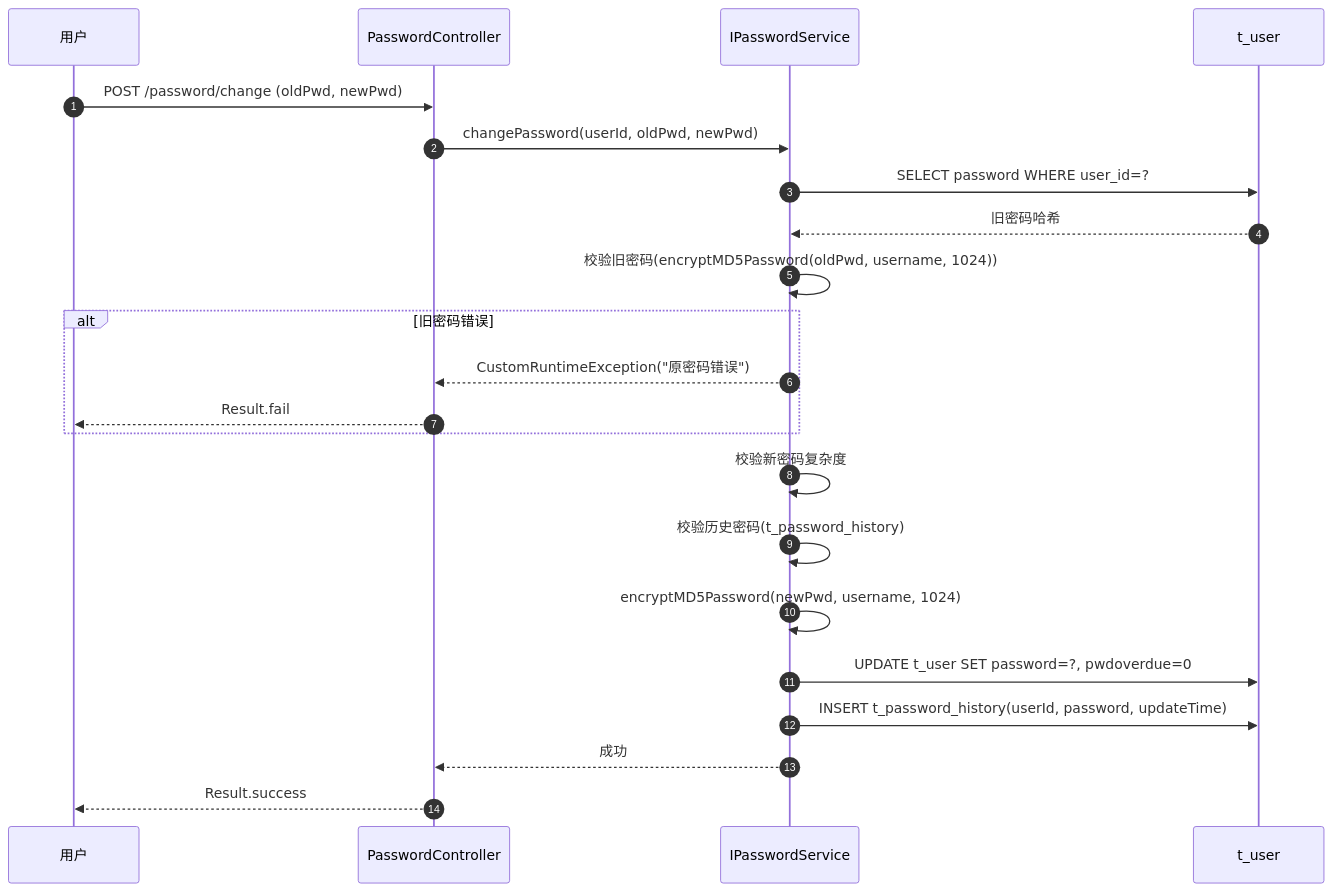
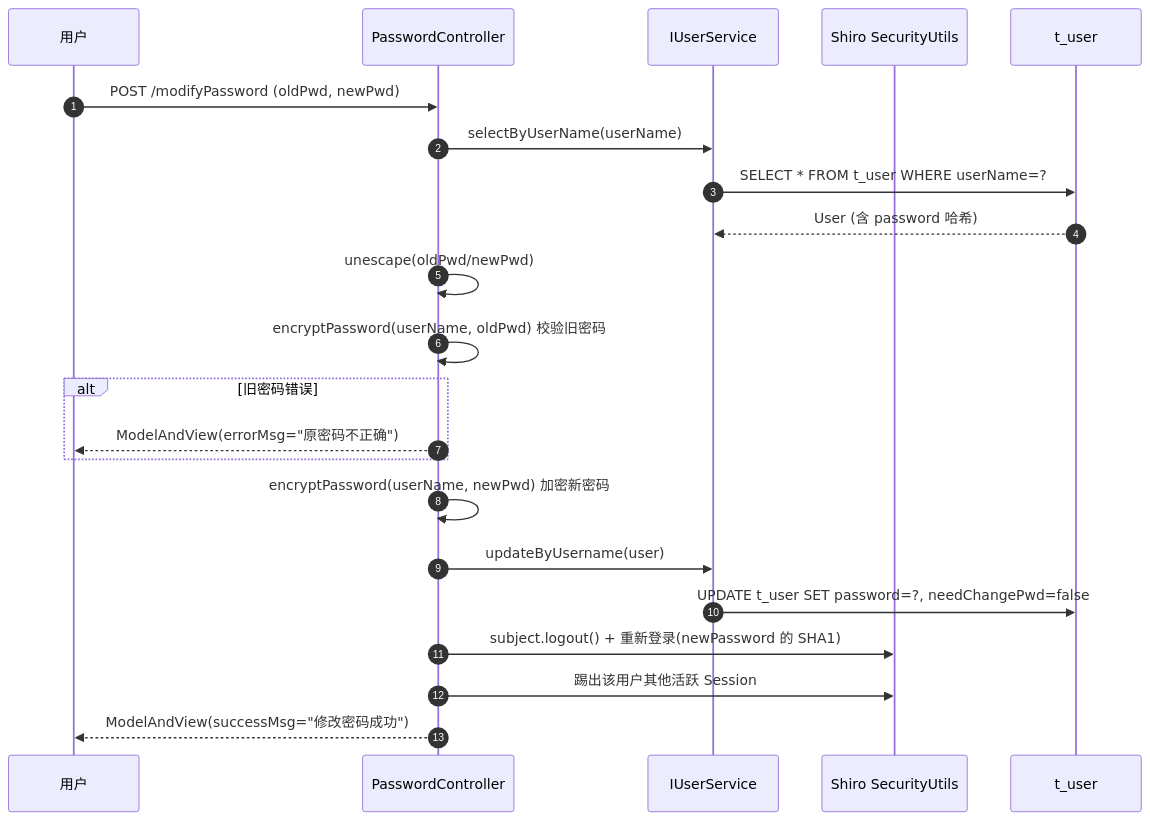
One commit to wrck/PMS changed the second of 5 diagrams in core/docs/05-standards/security-practices.md. Above: the diagram before and after it, drawn with Mermaid. The commit also changed other lines of this file and 44 other files, not shown here.

````diff
--- a/core/docs/05-standards/security-practices.md
+++ b/core/docs/05-standards/security-practices.md
@@ -114,25 +127,25 @@
 ```mermaid
 sequenceDiagram
     autonumber
     participant U as 用户
     participant PC as PasswordController
-    participant PS as IPasswordService
+    participant US as IUserService
+    participant SH as Shiro SecurityUtils
     participant DB as t_user
 
-    U->>PC: POST /password/change (oldPwd, newPwd)
-    PC->>PS: changePassword(userId, oldPwd, newPwd)
-    PS->>DB: SELECT password WHERE user_id=?
-    DB-->>PS: 旧密码哈希
-    PS->>PS: 校验旧密码(encryptMD5Password(oldPwd, username, 1024))
+    U->>PC: POST /modifyPassword (oldPwd, newPwd)
+    PC->>US: selectByUserName(userName)
+    US->>DB: SELECT * FROM t_user WHERE userName=?
+    DB-->>US: User (含 password 哈希)
+    PC->>PC: unescape(oldPwd/newPwd)
+    PC->>PC: encryptPassword(userName, oldPwd) 校验旧密码
     alt 旧密码错误
-        PS-->>PC: CustomRuntimeException("原密码错误")
-        PC-->>U: Result.fail
+        PC-->>U: ModelAndView(errorMsg="原密码不正确")
     end
-    PS->>PS: 校验新密码复杂度
-    PS->>PS: 校验历史密码(t_password_history)
-    PS->>PS: encryptMD5Password(newPwd, username, 1024)
-    PS->>DB: UPDATE t_user SET password=?, pwdoverdue=0
-    PS->>DB: INSERT t_password_history(userId, password, updateTime)
-    PS-->>PC: 成功
-    PC-->>U: Result.success
+    PC->>PC: encryptPassword(userName, newPwd) 加密新密码
+    PC->>US: updateByUsername(user)
+    US->>DB: UPDATE t_user SET password=?, needChangePwd=false
+    PC->>SH: subject.logout() + 重新登录(newPassword 的 SHA1)
+    PC->>SH: 踢出该用户其他活跃 Session
+    PC-->>U: ModelAndView(successMsg="修改密码成功")
 ```
````
